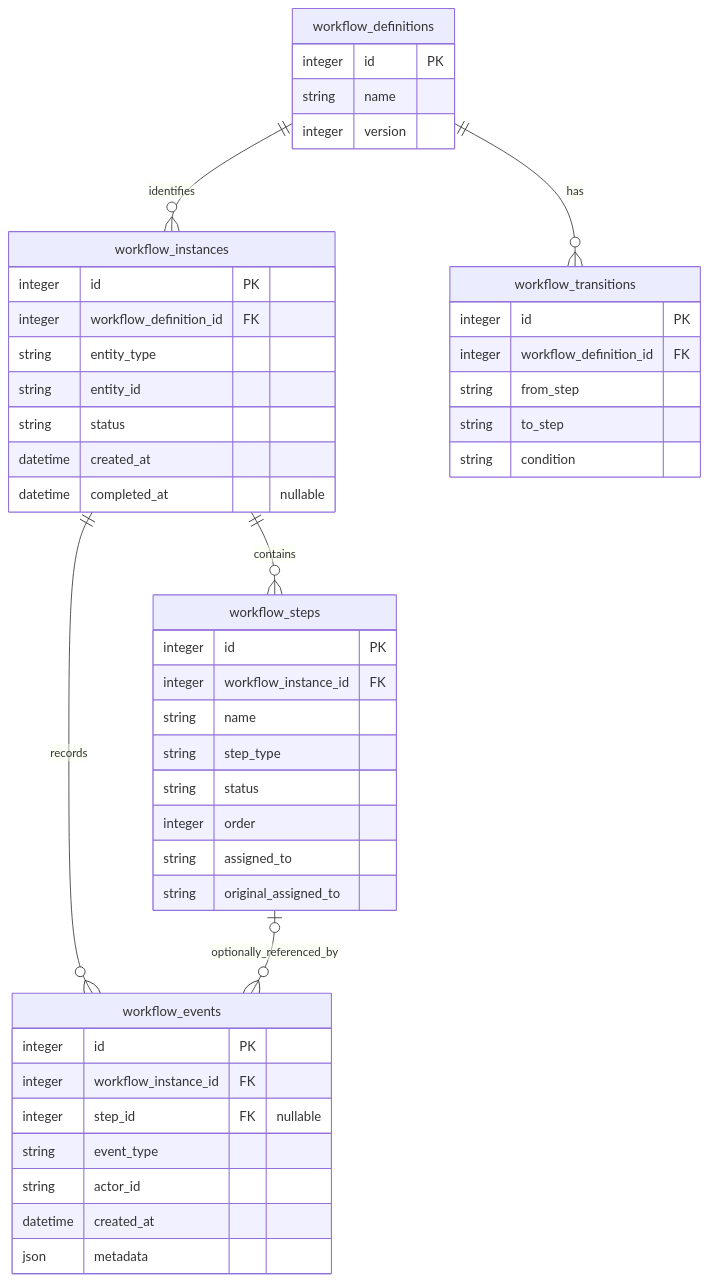
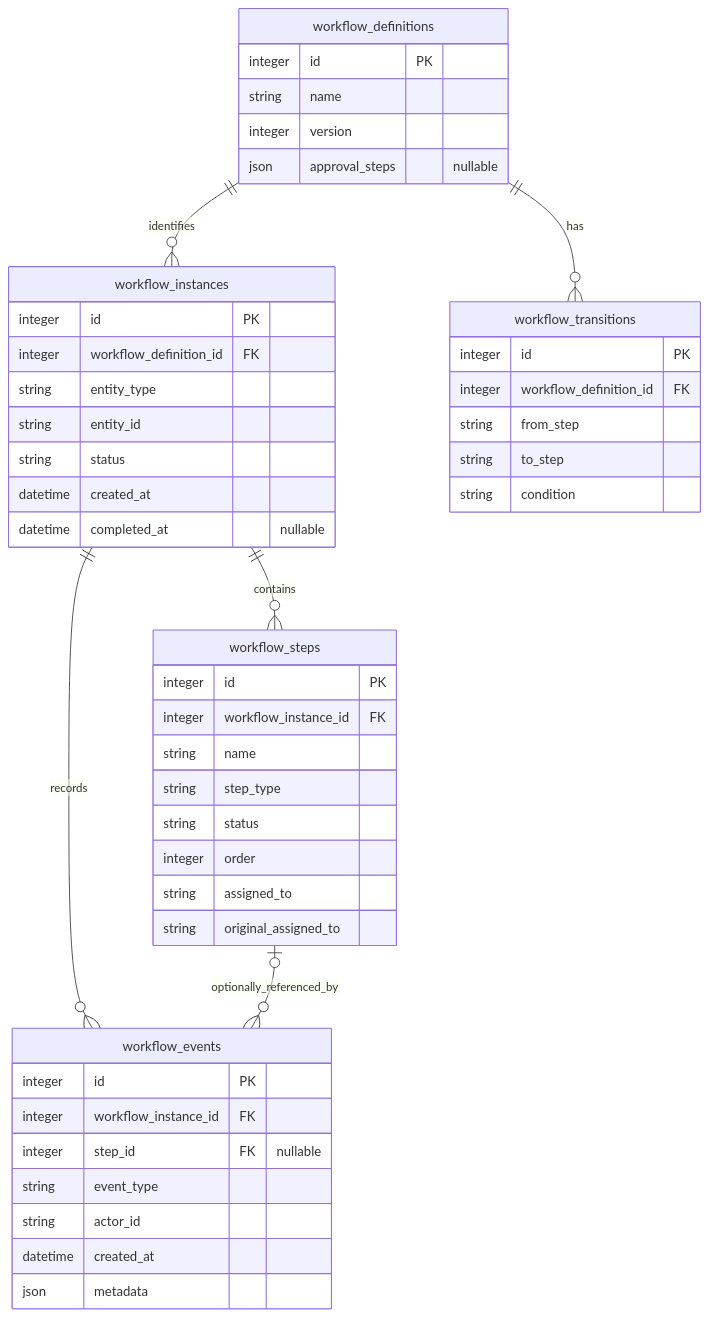
Before and after one commit to ace2358/Risk-Desk-Approval-Workflow: the diagram in docs/database-design.md, drawn with Mermaid. The commit also changed other lines of this file and 16 other files, not shown here.

Commit message:
feat: apply multiple approval steps & predefined approval workflows

````diff
--- a/docs/database-design.md
+++ b/docs/database-design.md
@@ -16,49 +16,50 @@
 ```mermaid
 erDiagram
     workflow_definitions ||--o{ workflow_instances : identifies
     workflow_definitions ||--o{ workflow_transitions : has
     workflow_instances ||--o{ workflow_steps : contains
     workflow_instances ||--o{ workflow_events : records
     workflow_steps |o--o{ workflow_events : optionally_referenced_by
 
     workflow_definitions {
         integer id PK
         string name
         integer version
+        json approval_steps "nullable"
     }
     workflow_instances {
         integer id PK
         integer workflow_definition_id FK
         string entity_type
         string entity_id
         string status
         datetime created_at
         datetime completed_at "nullable"
     }
     workflow_steps {
         integer id PK
         integer workflow_instance_id FK
         string name
         string step_type
         string status
         integer order
         string assigned_to
         string original_assigned_to
     }
     workflow_transitions {
         integer id PK
         integer workflow_definition_id FK
         string from_step
         string to_step
         string condition
     }
     workflow_events {
         integer id PK
         integer workflow_instance_id FK
         integer step_id FK "nullable"
         string event_type
         string actor_id
         datetime created_at
         json metadata
     }
 ```
````
